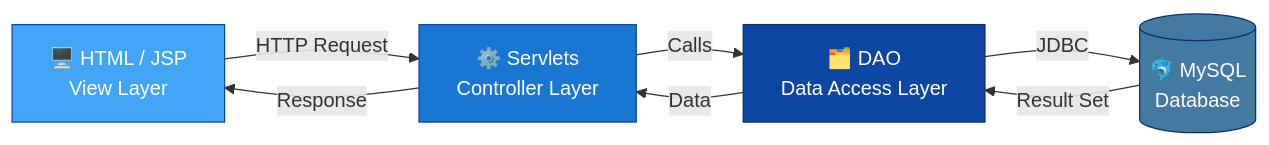
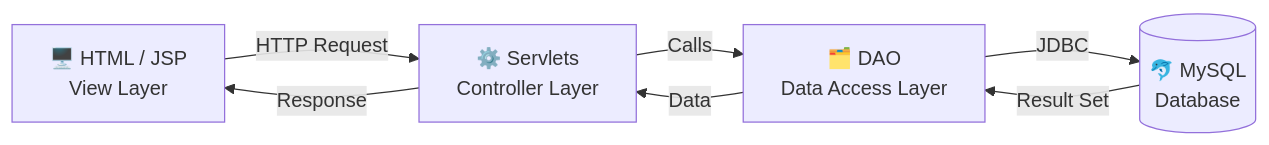
Before and after one commit to Karthie-2811/Banking-Management-System-: the diagram in README.md, drawn with Mermaid. The commit also changed other lines of this file, not shown here.

````diff
--- a/README.md
+++ b/README.md
@@ -248,14 +251,9 @@
 ```mermaid
 graph LR
     A[🖥️ HTML / JSP<br/>View Layer] -->|HTTP Request| B[⚙️ Servlets<br/>Controller Layer]
     B -->|Calls| C[🗂️ DAO<br/>Data Access Layer]
     C -->|JDBC| D[(🐬 MySQL<br/>Database)]
     D -->|Result Set| C
     C -->|Data| B
     B -->|Response| A
-
-    style A fill:#42A5F5,stroke:#0D47A1,color:#fff
-    style B fill:#1976D2,stroke:#0D47A1,color:#fff
-    style C fill:#0D47A1,stroke:#08306B,color:#fff
-    style D fill:#4479A1,stroke:#08306B,color:#fff
 ```
````
